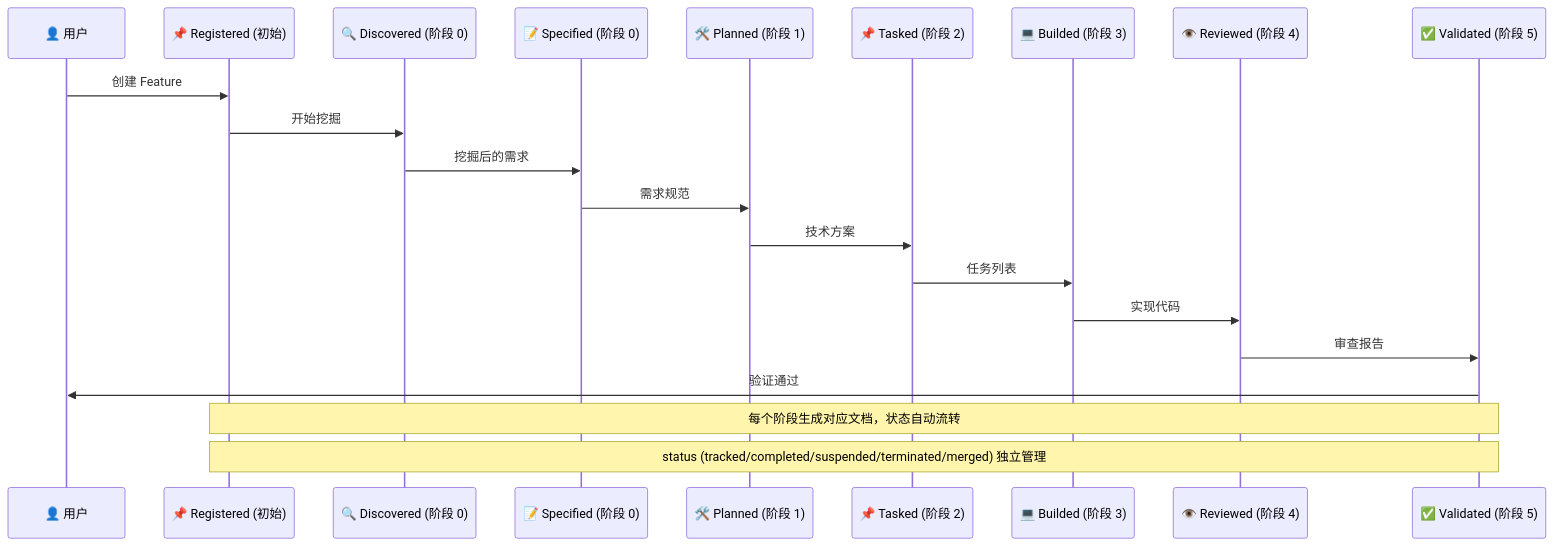
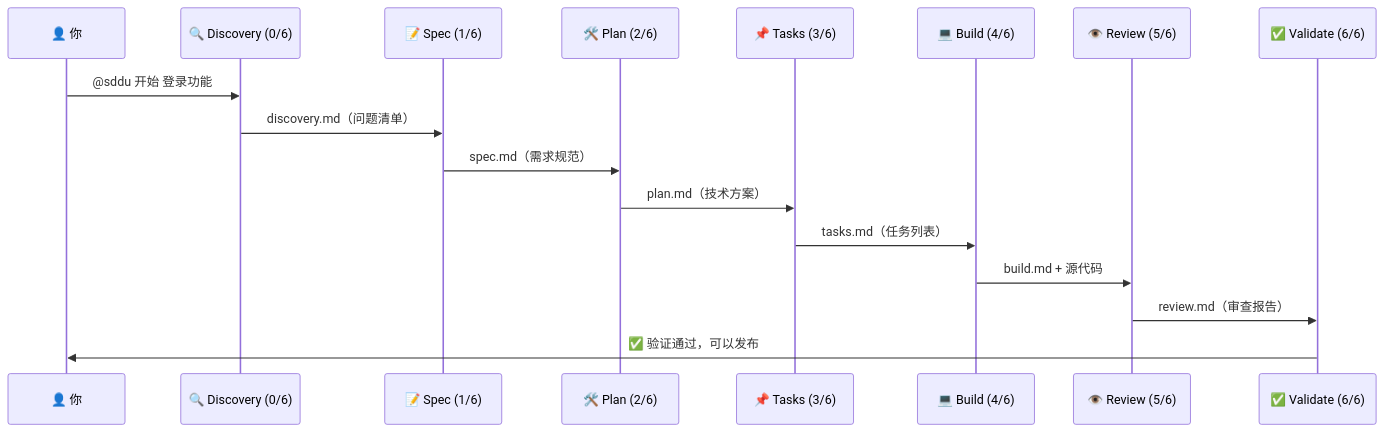
One commit to THZSummer/sddu changed the diagram in README.md. Above: the diagram before and after it, drawn with Mermaid. The commit also changed other lines of this file, not shown here.

First line of the commit message:
docs: restructure README for newcomer-friendly flow

````diff
--- a/README.md
+++ b/README.md
@@ -307,25 +53,20 @@
 ```mermaid
 sequenceDiagram
-    participant User as 👤 用户
-    participant R as 📌 Registered (初始)
-    participant D as 🔍 Discovered (阶段 0)
-    participant S as 📝 Specified (阶段 0)
-    participant P as 🛠️ Planned (阶段 1)
-    participant T as 📌 Tasked (阶段 2)
-    participant B as 💻 Builded (阶段 3)
-    participant RV as 👁️ Reviewed (阶段 4)
-    participant V as ✅ Validated (阶段 5)
+    participant U as 👤 你
+    participant D as 🔍 Discovery (0/6)
+    participant S as 📝 Spec (1/6)
+    participant P as 🛠️ Plan (2/6)
+    participant T as 📌 Tasks (3/6)
+    participant B as 💻 Build (4/6)
+    participant R as 👁️ Review (5/6)
+    participant V as ✅ Validate (6/6)
 
-    User->>R: 创建 Feature
-    R->>D: 开始挖掘
-    D->>S: 挖掘后的需求
-    S->>P: 需求规范
-    P->>T: 技术方案
-    T->>B: 任务列表
-    B->>RV: 实现代码
-    RV->>V: 审查报告
-    V->>User: 验证通过
-
-    Note over R,V: 每个阶段生成对应文档，状态自动流转
-    Note over R,V: status (tracked/completed/suspended/terminated/merged) 独立管理
+    U->>D: @sddu 开始 登录功能
+    D->>S: discovery.md（问题清单）
+    S->>P: spec.md（需求规范）
+    P->>T: plan.md（技术方案）
+    T->>B: tasks.md（任务列表）
+    B->>R: build.md + 源代码
+    R->>V: review.md（审查报告）
+    V->>U: ✅ 验证通过，可以发布
 ```
````
